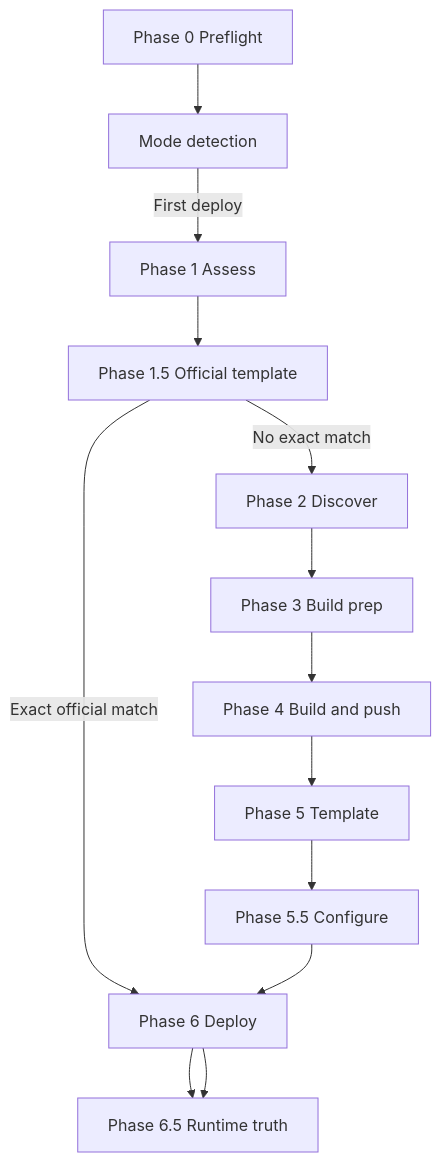
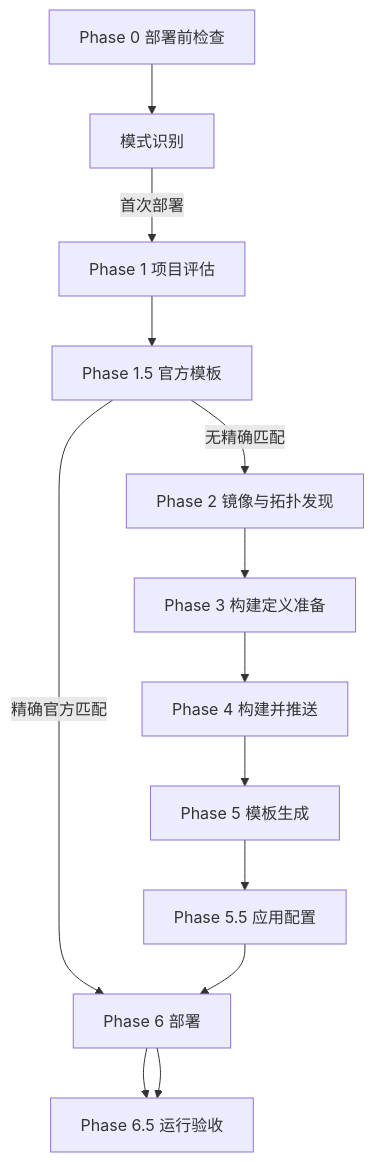
The diagram in pipeline/overview.mdx (Che-Zhu/sealos-skills-doc), drawn with Mermaid before and after one commit. The commit also changed other lines of this file and 86 other files, not shown here.

````diff
--- a/pipeline/overview.mdx
+++ b/pipeline/overview.mdx
@@ -29,22 +29,22 @@
 ```mermaid
 flowchart TD
-  P0[Phase 0 Preflight]
-  MD[Mode detection]
-  P1[Phase 1 Assess]
-  P15[Phase 1.5 Official template]
-  P2[Phase 2 Discover]
-  P3[Phase 3 Build prep]
-  P4[Phase 4 Build and push]
-  P5[Phase 5 Template]
-  P55[Phase 5.5 Configure]
-  P6[Phase 6 Deploy]
-  P65[Phase 6.5 Runtime truth]
+  P0[Phase 0 部署前检查]
+  MD[模式识别]
+  P1[Phase 1 项目评估]
+  P15[Phase 1.5 官方模板]
+  P2[Phase 2 镜像与拓扑发现]
+  P3[Phase 3 构建定义准备]
+  P4[Phase 4 构建并推送]
+  P5[Phase 5 模板生成]
+  P55[Phase 5.5 应用配置]
+  P6[Phase 6 部署]
+  P65[Phase 6.5 运行验收]
 
   P0 --> MD
-  MD -->|First deploy| P1
+  MD -->|首次部署| P1
   P1 --> P15
-  P15 -->|Exact official match| P6
-  P15 -->|No exact match| P2
+  P15 -->|精确官方匹配| P6
+  P15 -->|无精确匹配| P2
   P2 --> P3 --> P4 --> P5 --> P55 --> P6 --> P65
   P6 --> P65
 ```
````
